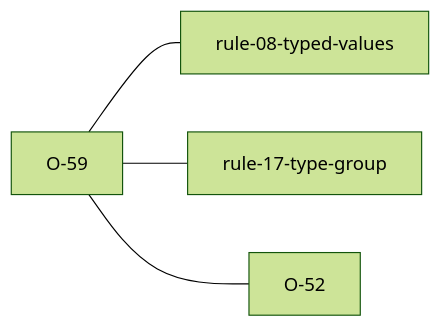
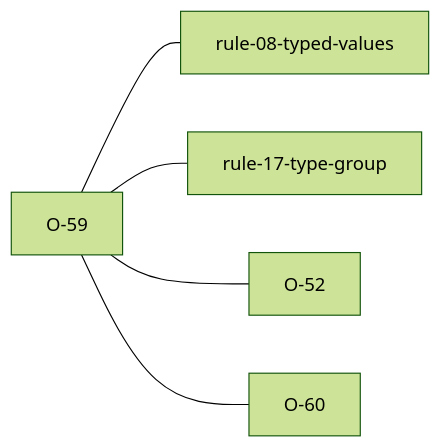
Before and after one commit to niko86/laterite: the diagram in ags-wiki/observations/O-59.md, drawn with Mermaid (forest theme). The commit also changed other lines of this file and 15 other files, not shown here.

````diff
--- a/ags-wiki/observations/O-59.md
+++ b/ags-wiki/observations/O-59.md
@@ -37,6 +37,7 @@
 ```mermaid
 graph LR
   O_59["O-59"] --- R8["rule-08-typed-values"]
   O_59 --- R17["rule-17-type-group"]
   O_59 --- O_52["O-52"]
+  O_59 --- O_60["O-60"]
 ```
````
